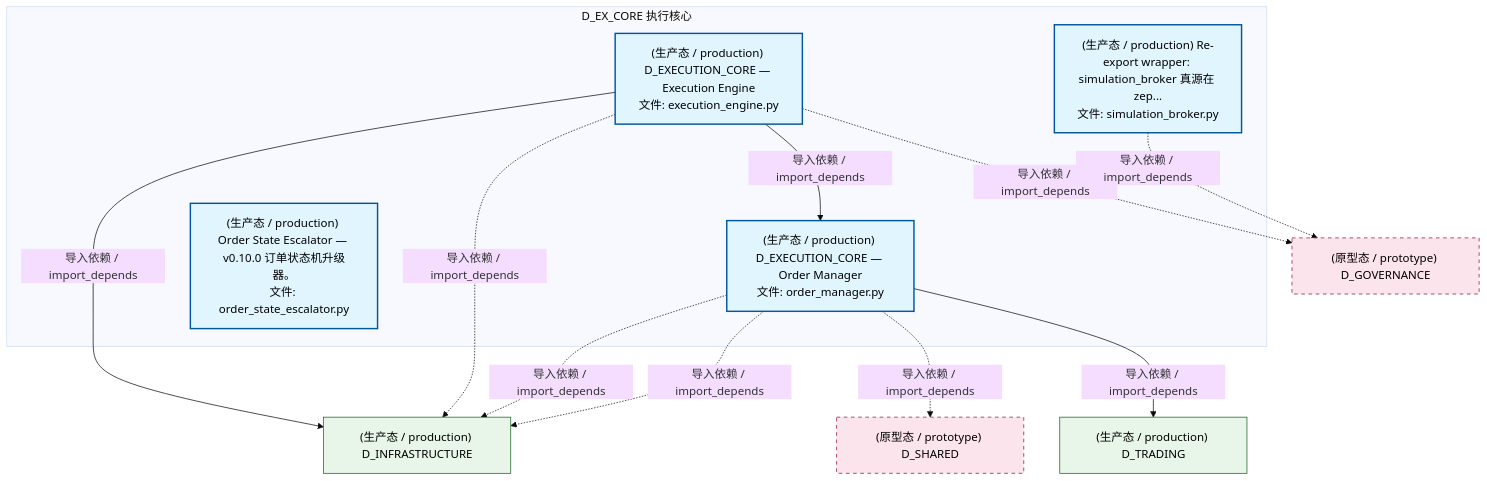
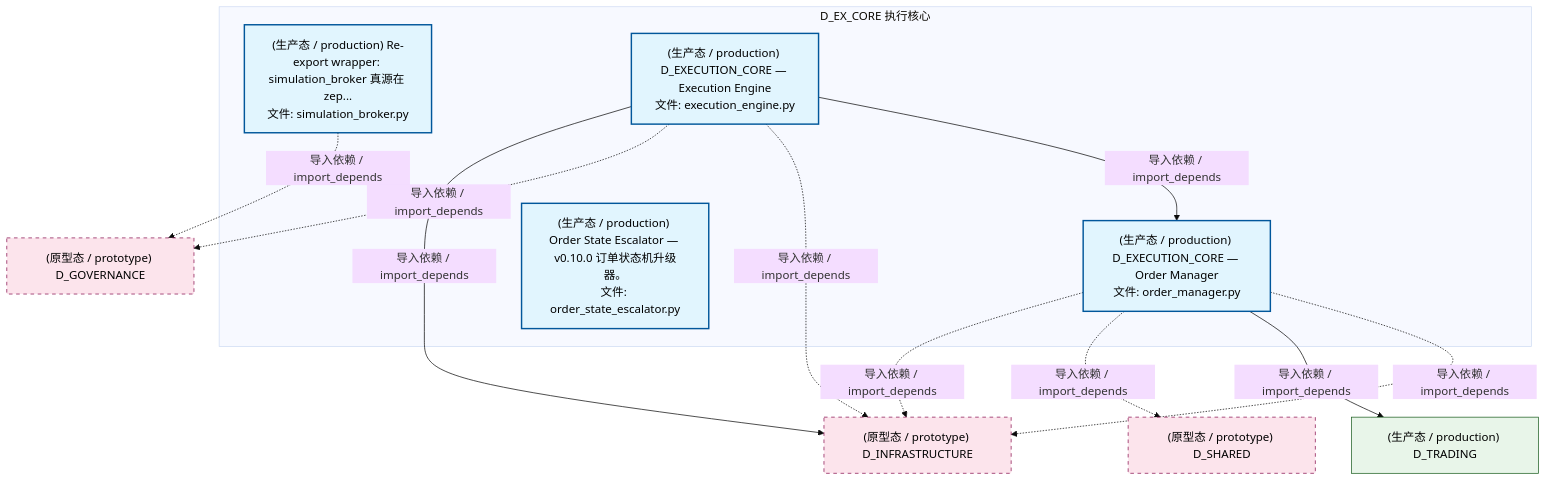
The second of 5 diagrams in docs/02_enterprise_architecture/02_domain_architecture_docs/34_d_ex_core.md (xuanFelixVan/ZephyrAlpha), drawn with Mermaid (base theme) before and after one commit. The commit also changed other lines of this file and 101 other files, not shown here.

````diff
--- a/docs/02_enterprise_architecture/02_domain_architecture_docs/34_d_ex_core.md
+++ b/docs/02_enterprise_architecture/02_domain_architecture_docs/34_d_ex_core.md
@@ -126,29 +126,29 @@
 ```mermaid
 graph TD
     subgraph D_EX_CORE["D_EX_CORE 执行核心"]
         src_zephyr_ex_core_adapters_simulation_broker_py["(生产态 / production) Re-export wrapper: simulation_broker 真源在 zep...<br/>文件: simulation_broker.py"]
         src_zephyr_ex_core_execution_engine_py["(生产态 / production) D_EXECUTION_CORE — Execution Engine<br/>文件: execution_engine.py"]
         src_zephyr_ex_core_order_manager_py["(生产态 / production) D_EXECUTION_CORE — Order Manager<br/>文件: order_manager.py"]
         src_zephyr_governance_escalation_order_state_escalator_py["(生产态 / production) Order State Escalator — v0.10.0 订单状态机升级器。<br/>文件: order_state_escalator.py"]
     end
     src_zephyr_ex_core_execution_engine_py -->|导入依赖 / import_depends| src_zephyr_ex_core_order_manager_py
-    D_INFRASTRUCTURE["(生产态 / production) D_INFRASTRUCTURE"]
-    src_zephyr_ex_core_execution_engine_py -->|导入依赖 / import_depends| D_INFRASTRUCTURE
-    D_GOVERNANCE["(原型态 / prototype) D_GOVERNANCE"]
-    src_zephyr_ex_core_execution_engine_py -.->|导入依赖 / import_depends| D_GOVERNANCE
-    src_zephyr_ex_core_execution_engine_py -.->|导入依赖 / import_depends| D_INFRASTRUCTURE
+    D_INFRASTRUCTURE["(原型态 / prototype) D_INFRASTRUCTURE"]
     src_zephyr_ex_core_order_manager_py -.->|导入依赖 / import_depends| D_INFRASTRUCTURE
+    D_TRADING["(生产态 / production) D_TRADING"]
+    src_zephyr_ex_core_order_manager_py -->|导入依赖 / import_depends| D_TRADING
     D_SHARED["(原型态 / prototype) D_SHARED"]
     src_zephyr_ex_core_order_manager_py -.->|导入依赖 / import_depends| D_SHARED
-    D_TRADING["(生产态 / production) D_TRADING"]
-    src_zephyr_ex_core_order_manager_py -->|导入依赖 / import_depends| D_TRADING
     src_zephyr_ex_core_order_manager_py -.->|导入依赖 / import_depends| D_INFRASTRUCTURE
+    D_GOVERNANCE["(原型态 / prototype) D_GOVERNANCE"]
     src_zephyr_ex_core_adapters_simulation_broker_py -.->|导入依赖 / import_depends| D_GOVERNANCE
+    src_zephyr_ex_core_execution_engine_py -.->|导入依赖 / import_depends| D_INFRASTRUCTURE
+    src_zephyr_ex_core_execution_engine_py -.->|导入依赖 / import_depends| D_GOVERNANCE
+    src_zephyr_ex_core_execution_engine_py -->|导入依赖 / import_depends| D_INFRASTRUCTURE
     classDef production fill:#e1f5fe,stroke:#01579b,stroke-width:2px,color:#000
     classDef design fill:#fff3e0,stroke:#e65100,stroke-width:2px,color:#000,stroke-dasharray: 5 5
     classDef external_prod fill:#e8f5e9,stroke:#1b5e20,stroke-width:1px,color:#000
     classDef external_design fill:#fce4ec,stroke:#880e4f,stroke-width:1px,color:#000,stroke-dasharray: 5 5
     class src_zephyr_ex_core_adapters_simulation_broker_py,src_zephyr_ex_core_execution_engine_py,src_zephyr_ex_core_order_manager_py,src_zephyr_governance_escalation_order_state_escalator_py production
-    class D_INFRASTRUCTURE,D_TRADING external_prod
-    class D_GOVERNANCE,D_SHARED external_design
+    class D_TRADING external_prod
+    class D_INFRASTRUCTURE,D_SHARED,D_GOVERNANCE external_design
 ```
````
